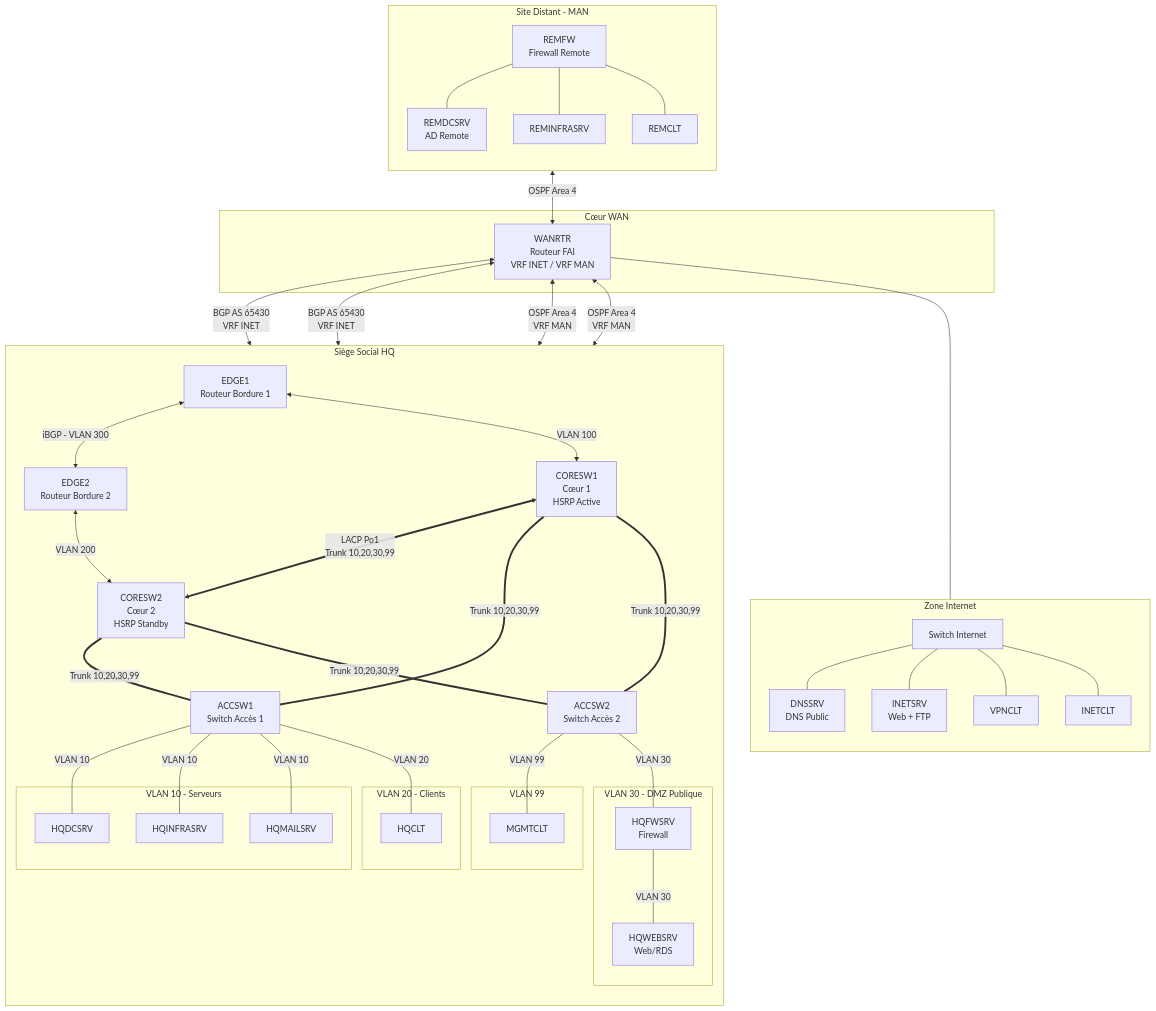
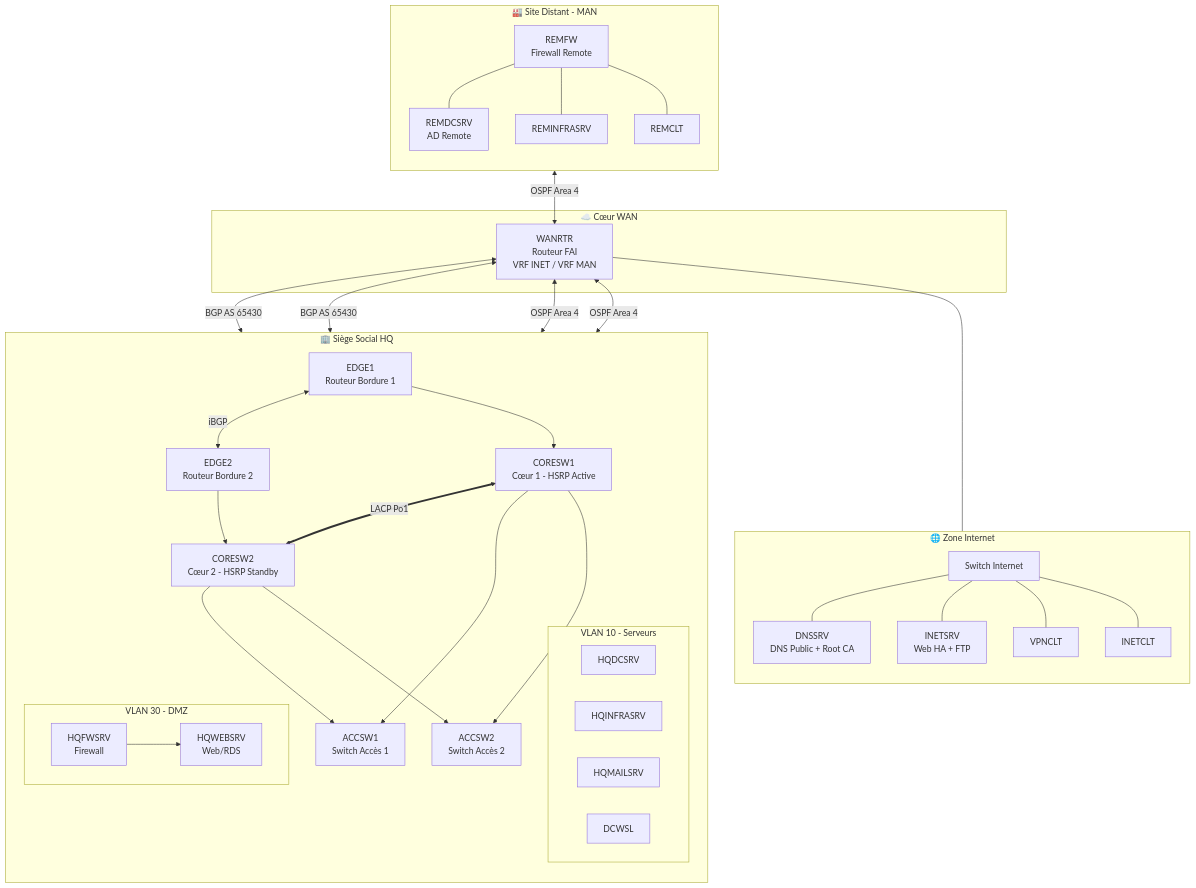
One commit to BadIssues/SAE-501 changed the diagram in readme.md. Above: the diagram before and after it, drawn with Mermaid. The commit also changed other lines of this file, not shown here.

````diff
--- a/readme.md
+++ b/readme.md
@@ -26,106 +134,53 @@
 ```mermaid
 graph TD
-    %% --- Zone REMOTE (Gauche) ---
-    subgraph REMOTE [Site Distant - MAN]
+    subgraph REMOTE [🏭 Site Distant - MAN]
         direction TB
         REMFW[REMFW<br>Firewall Remote]
         REMDCSRV[REMDCSRV<br>AD Remote]
         REMINFRASRV[REMINFRASRV]
         REMCLT[REMCLT]
-        
         REMFW --- REMDCSRV & REMINFRASRV & REMCLT
     end
 
-    %% --- Zone WAN/Central (Milieu) ---
-    subgraph WAN [Cœur WAN]
+    subgraph WAN [☁️ Cœur WAN]
         WANRTR[WANRTR<br>Routeur FAI<br>VRF INET / VRF MAN]
     end
 
-    %% --- Zone INTERNET (Droite) ---
-    subgraph INTERNET [Zone Internet]
+    subgraph INTERNET [🌐 Zone Internet]
         direction TB
         INETSW[Switch Internet]
-        DNSSRV[DNSSRV<br>DNS Public]
-        INETSRV[INETSRV<br>Web + FTP]
+        DNSSRV[DNSSRV<br>DNS Public + Root CA]
+        INETSRV[INETSRV<br>Web HA + FTP]
         VPNCLT[VPNCLT]
         INETCLT[INETCLT]
-        
         INETSW --- DNSSRV & INETSRV & VPNCLT & INETCLT
     end
 
-    %% --- Zone HQ (Bas) ---
-    subgraph HQ [Siège Social HQ]
+    subgraph HQ [🏢 Siège Social HQ]
         direction TB
-        
-        %% Routeurs de Bordure
         EDGE1[EDGE1<br>Routeur Bordure 1]
         EDGE2[EDGE2<br>Routeur Bordure 2]
-        
-        %% Cœur de Réseau
-        CORESW1[CORESW1<br>Cœur 1<br>HSRP Active]
-        CORESW2[CORESW2<br>Cœur 2<br>HSRP Standby]
-        
-        %% Accès
+        CORESW1[CORESW1<br>Cœur 1 - HSRP Active]
+        CORESW2[CORESW2<br>Cœur 2 - HSRP Standby]
         ACCSW1[ACCSW1<br>Switch Accès 1]
         ACCSW2[ACCSW2<br>Switch Accès 2]
         
-        %% Services & Clients
         subgraph SERVERS [VLAN 10 - Serveurs]
-            HQDCSRV
-            HQINFRASRV
-            HQMAILSRV
+            HQDCSRV & HQINFRASRV & HQMAILSRV & DCWSL
         end
         
-        subgraph CLIENTS [VLAN 20 - Clients]
-            HQCLT
-        end
-        
-        subgraph MANAGEMENT [VLAN 99]
-            MGMTCLT
-        end
-        
-        subgraph DMZ [VLAN 30 - DMZ Publique]
-            HQFWSRV[HQFWSRV<br>Firewall]
-            HQWEBSRV[HQWEBSRV<br>Web/RDS]
+        subgraph DMZ [VLAN 30 - DMZ]
+            HQFWSRV[HQFWSRV<br>Firewall] --> HQWEBSRV[HQWEBSRV<br>Web/RDS]
         end
     end
 
-    %% --- Connexions ---
-    
-    %% REMOTE vers WANRTR (VRF MAN)
     REMFW <-->|OSPF Area 4| WANRTR
-
-    %% INTERNET vers WANRTR (VRF INET)
     WANRTR --- INETSW
-
-    %% WANRTR vers HQ (Double lien par VRF)
-    WANRTR <-->|BGP AS 65430<br>VRF INET| EDGE1
-    WANRTR <-->|BGP AS 65430<br>VRF INET| EDGE2
-    
-    WANRTR <-->|OSPF Area 4<br>VRF MAN| EDGE1
-    WANRTR <-->|OSPF Area 4<br>VRF MAN| EDGE2
-
-    %% Interconnexions HQ - Layer 3
-    EDGE1 <-->|iBGP - VLAN 300| EDGE2
-    EDGE1 <-->|VLAN 100| CORESW1
-    EDGE2 <-->|VLAN 200| CORESW2
-    
-    %% Interconnexions HQ - Layer 2
-    CORESW1 <==>|LACP Po1<br>Trunk 10,20,30,99| CORESW2
-    
-    %% Trunks Access - Config exacte
-    CORESW1 ===|Trunk 10,20,30,99| ACCSW1
-    CORESW1 ===|Trunk 10,20,30,99| ACCSW2
-    CORESW2 ===|Trunk 10,20,30,99| ACCSW1
-    CORESW2 ===|Trunk 10,20,30,99| ACCSW2
-    
-    %% Connexions Access vers End Devices (VLANs spécifiques)
-    ACCSW1 ---|VLAN 10| HQDCSRV
-    ACCSW1 ---|VLAN 10| HQINFRASRV
-    ACCSW1 ---|VLAN 10| HQMAILSRV
-    ACCSW1 ---|VLAN 20| HQCLT
-    
-    ACCSW2 ---|VLAN 99| MGMTCLT
-    ACCSW2 ---|VLAN 30| HQFWSRV
-    HQFWSRV ---|VLAN 30| HQWEBSRV
+    WANRTR <-->|BGP AS 65430| EDGE1 & EDGE2
+    WANRTR <-->|OSPF Area 4| EDGE1 & EDGE2
+    EDGE1 <-->|iBGP| EDGE2
+    EDGE1 --> CORESW1
+    EDGE2 --> CORESW2
+    CORESW1 <==>|LACP Po1| CORESW2
+    CORESW1 & CORESW2 --> ACCSW1 & ACCSW2
 ```
````
